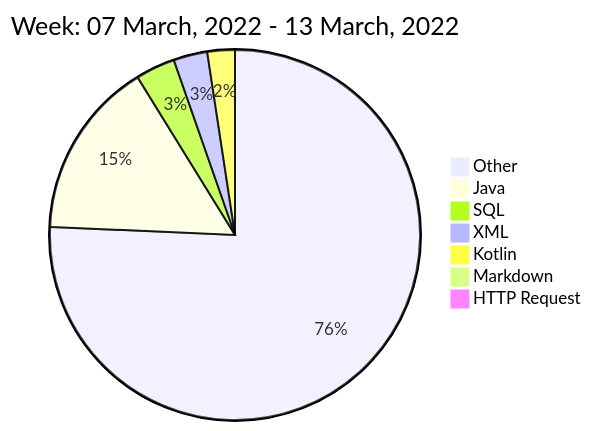
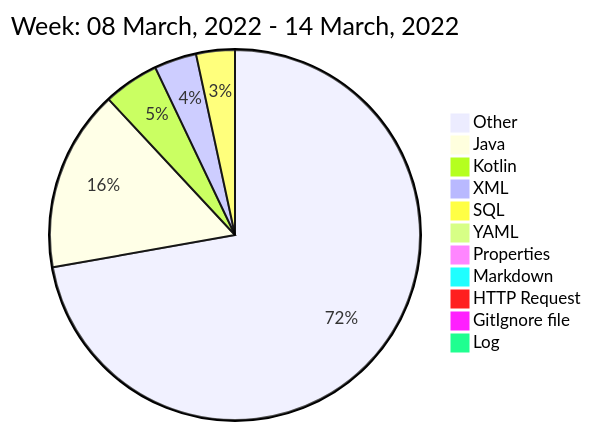
Before and after one commit to liubin95/liubin95: the diagram in README.md, drawn with Mermaid.

Commit message:
Updated the Graph with new Metrics

````diff
--- a/README.md
+++ b/README.md
@@ -42,11 +42,15 @@
 ```mermaid
  pie
-title Week: 07 March, 2022 - 13 March, 2022
- "Other" : 28.97
- "Java" : 5.93
- "SQL" : 1.32
- "XML" : 1.13
- "Kotlin" : 0.92
+title Week: 08 March, 2022 - 14 March, 2022
+ "Other" : 27.77
+ "Java" : 6.1
+ "Kotlin" : 1.87
+ "XML" : 1.42
+ "SQL" : 1.3
+ "YAML" : 0.15
+ "Properties" : 0.07
  "Markdown" : 0.03
  "HTTP Request" : 0.03
+ "GitIgnore file" : 0.02
+ "Log" : 0.02
 ```
````
